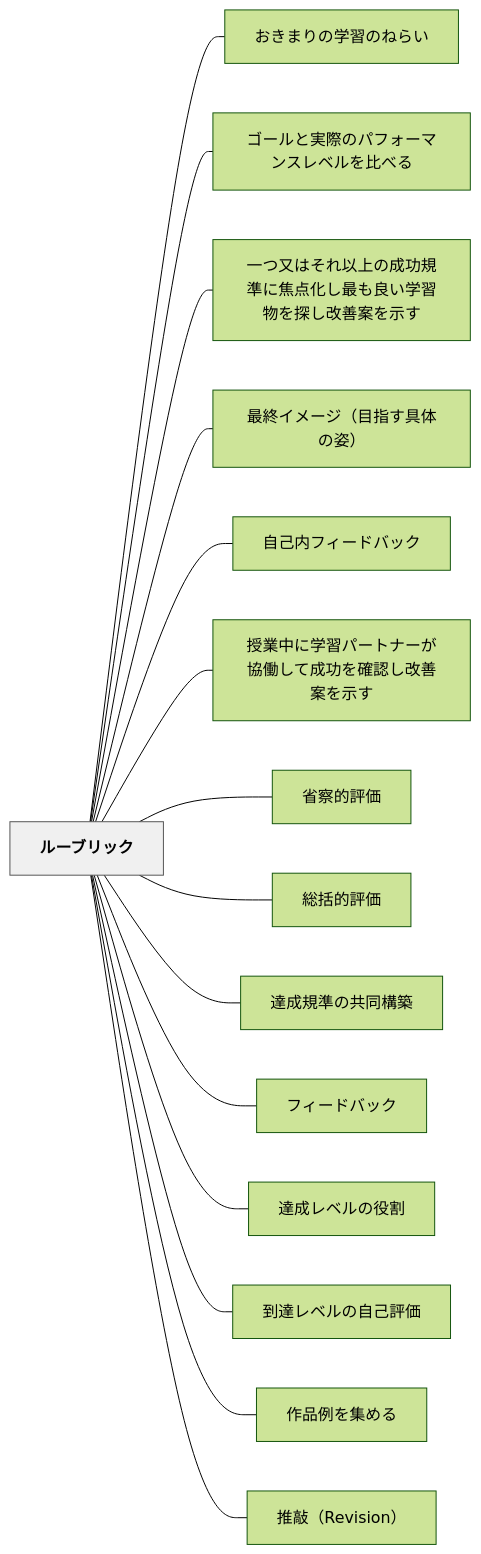
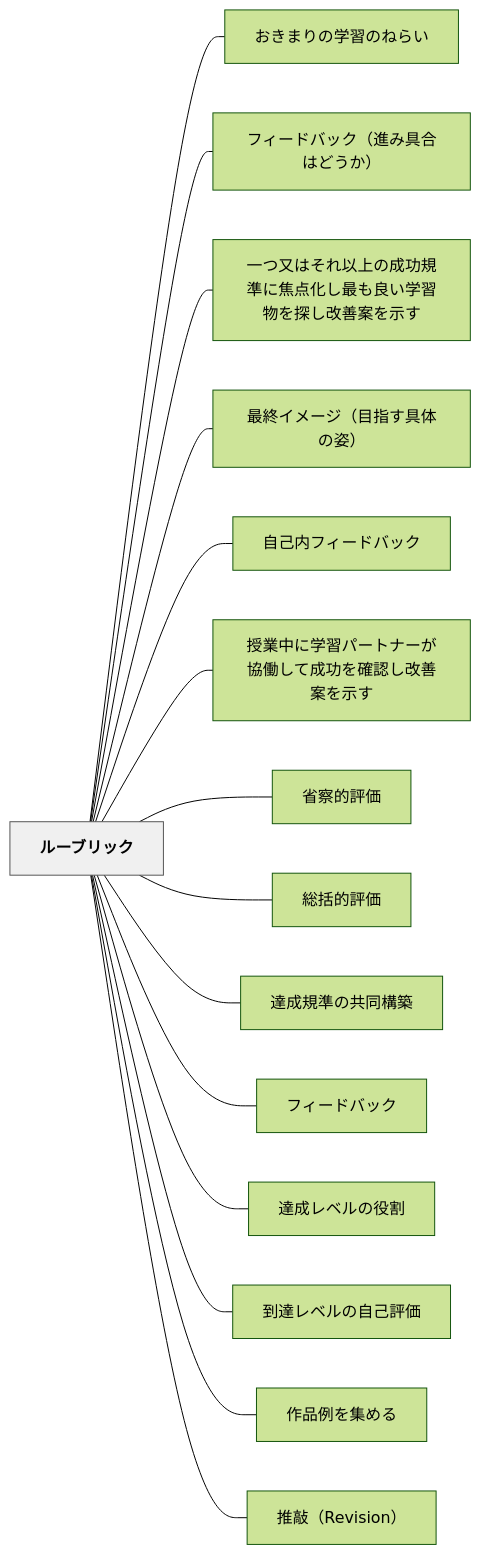
The diagram in content/パタン/ルーブリック.md (unknownthings-ed-patterns/unknownthings-ed-patterns), drawn with Mermaid (forest theme) before and after one commit. The commit also changed other lines of this file and 5 other files, not shown here.

````diff
--- a/content/パタン/ルーブリック.md
+++ b/content/パタン/ルーブリック.md
@@ -121,36 +121,36 @@
 ```mermaid
 flowchart LR
     ne383abe383bce38396e383aae38383e382af["ルーブリック"]
     ne3818ae3818de381bee3828ae381aee5ada6e7bf92e381aee381ade38289e38184["おきまりの学習のねらい"]
-    ne382b4e383bce383abe381a8e5ae9fe99a9be381aee38391e38395e382a9e383bce3839ee383b3e382b9e383ace38399e383abe38292e6af94e381b9e3828b["ゴールと実際のパフォーマンスレベルを比べる"]
+    ne38395e382a3e383bce38389e38390e38383e382afefbc88e980b2e381bfe585b7e59088e381afe381a9e38186e3818befbc89["フィードバック（進み具合はどうか）"]
     ne4b880e381a4e58f88e381afe3819de3828ce4bba5e4b88ae381aee68890e58a9fe8a68fe6ba96e381abe784a6e782b9e58c96e38197e69c80e38282e889afe38184e5ada6e7bf92e789a9e38292e68ea2e38197e694b9e59684e6a188e38292e7a4bae38199["一つ又はそれ以上の成功規準に焦点化し最も良い学習物を探し改善案を示す"]
     ne69c80e7b582e382a4e383a1e383bce382b8efbc88e79baee68c87e38199e585b7e4bd93e381aee5a7bfefbc89["最終イメージ（目指す具体の姿）"]
     ne887aae5b7b1e58685e38395e382a3e383bce38389e38390e38383e382af["自己内フィードバック"]
     ne68e88e6a5ade4b8ade381abe5ada6e7bf92e38391e383bce38388e3838ae383bce3818ce58d94e5838de38197e381a6e68890e58a9fe38292e7a2bae8aa8de38197e694b9e59684e6a188e38292e7a4bae38199["授業中に学習パートナーが協働して成功を確認し改善案を示す"]
     ne79c81e5af9fe79a84e8a995e4bea1["省察的評価"]
     ne7b78fe68bace79a84e8a995e4bea1["総括的評価"]
     ne98194e68890e8a68fe6ba96e381aee585b1e5908ce6a78be7af89["達成規準の共同構築"]
     ne38395e382a3e383bce38389e38390e38383e382af["フィードバック"]
     ne98194e68890e383ace38399e383abe381aee5bdb9e589b2["達成レベルの役割"]
     ne588b0e98194e383ace38399e383abe381aee887aae5b7b1e8a995e4bea1["到達レベルの自己評価"]
     ne4bd9ce59381e4be8be38292e99b86e38281e3828b["作品例を集める"]
     ne68ea8e695b2efbc885265766973696f6eefbc89["推敲（Revision）"]
 
     ne383abe383bce38396e383aae38383e382af --- ne3818ae3818de381bee3828ae381aee5ada6e7bf92e381aee381ade38289e38184
-    ne383abe383bce38396e383aae38383e382af --- ne382b4e383bce383abe381a8e5ae9fe99a9be381aee38391e38395e382a9e383bce3839ee383b3e382b9e383ace38399e383abe38292e6af94e381b9e3828b
+    ne383abe383bce38396e383aae38383e382af --- ne38395e382a3e383bce38389e38390e38383e382afefbc88e980b2e381bfe585b7e59088e381afe381a9e38186e3818befbc89
     ne383abe383bce38396e383aae38383e382af --- ne4b880e381a4e58f88e381afe3819de3828ce4bba5e4b88ae381aee68890e58a9fe8a68fe6ba96e381abe784a6e782b9e58c96e38197e69c80e38282e889afe38184e5ada6e7bf92e789a9e38292e68ea2e38197e694b9e59684e6a188e38292e7a4bae38199
     ne383abe383bce38396e383aae38383e382af --- ne69c80e7b582e382a4e383a1e383bce382b8efbc88e79baee68c87e38199e585b7e4bd93e381aee5a7bfefbc89
     ne383abe383bce38396e383aae38383e382af --- ne887aae5b7b1e58685e38395e382a3e383bce38389e38390e38383e382af
     ne383abe383bce38396e383aae38383e382af --- ne68e88e6a5ade4b8ade381abe5ada6e7bf92e38391e383bce38388e3838ae383bce3818ce58d94e5838de38197e381a6e68890e58a9fe38292e7a2bae8aa8de38197e694b9e59684e6a188e38292e7a4bae38199
     ne383abe383bce38396e383aae38383e382af --- ne79c81e5af9fe79a84e8a995e4bea1
     ne383abe383bce38396e383aae38383e382af --- ne7b78fe68bace79a84e8a995e4bea1
     ne383abe383bce38396e383aae38383e382af --- ne98194e68890e8a68fe6ba96e381aee585b1e5908ce6a78be7af89
     ne383abe383bce38396e383aae38383e382af --- ne38395e382a3e383bce38389e38390e38383e382af
     ne383abe383bce38396e383aae38383e382af --- ne98194e68890e383ace38399e383abe381aee5bdb9e589b2
     ne383abe383bce38396e383aae38383e382af --- ne588b0e98194e383ace38399e383abe381aee887aae5b7b1e8a995e4bea1
     ne383abe383bce38396e383aae38383e382af --- ne4bd9ce59381e4be8be38292e99b86e38281e3828b
     ne383abe383bce38396e383aae38383e382af --- ne68ea8e695b2efbc885265766973696f6eefbc89
 
     classDef hub fill:#f0f0f0,stroke:#555,color:#000,font-weight:bold
     class ne383abe383bce38396e383aae38383e382af hub
 ```
````
